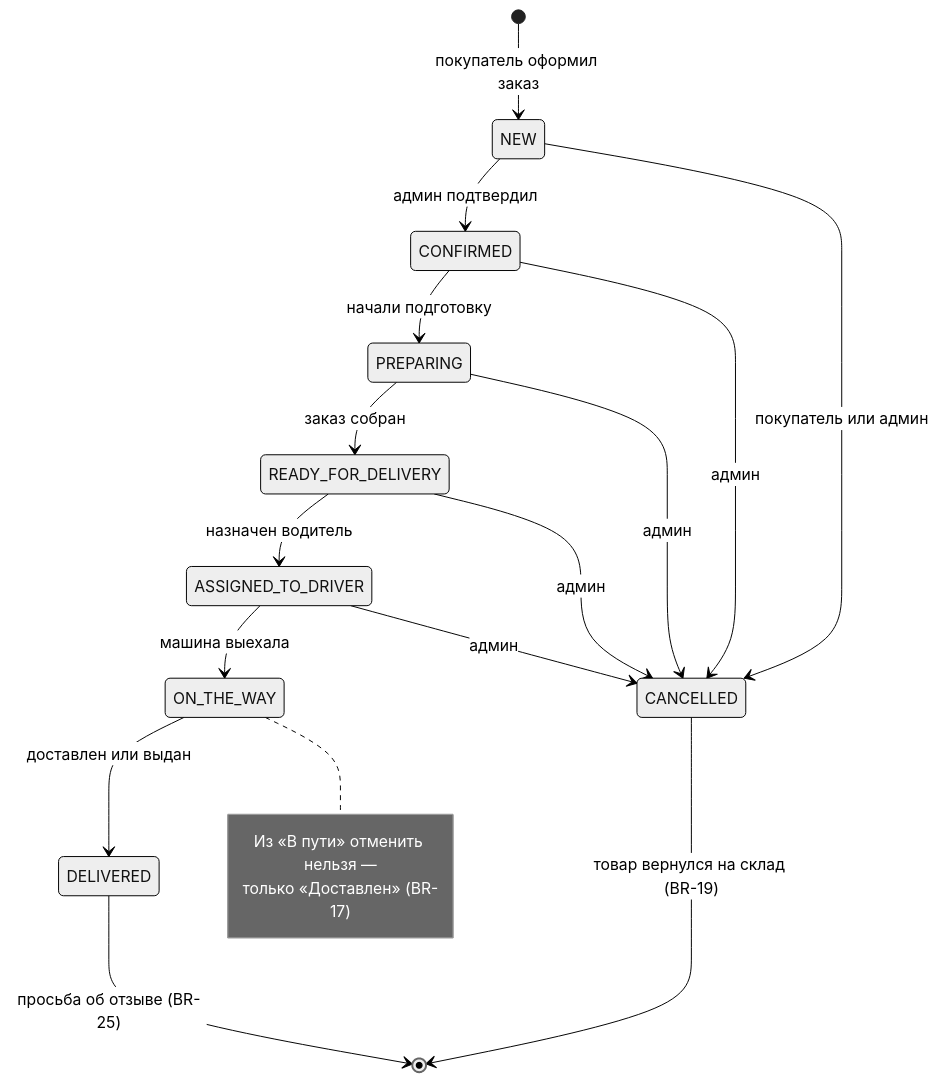
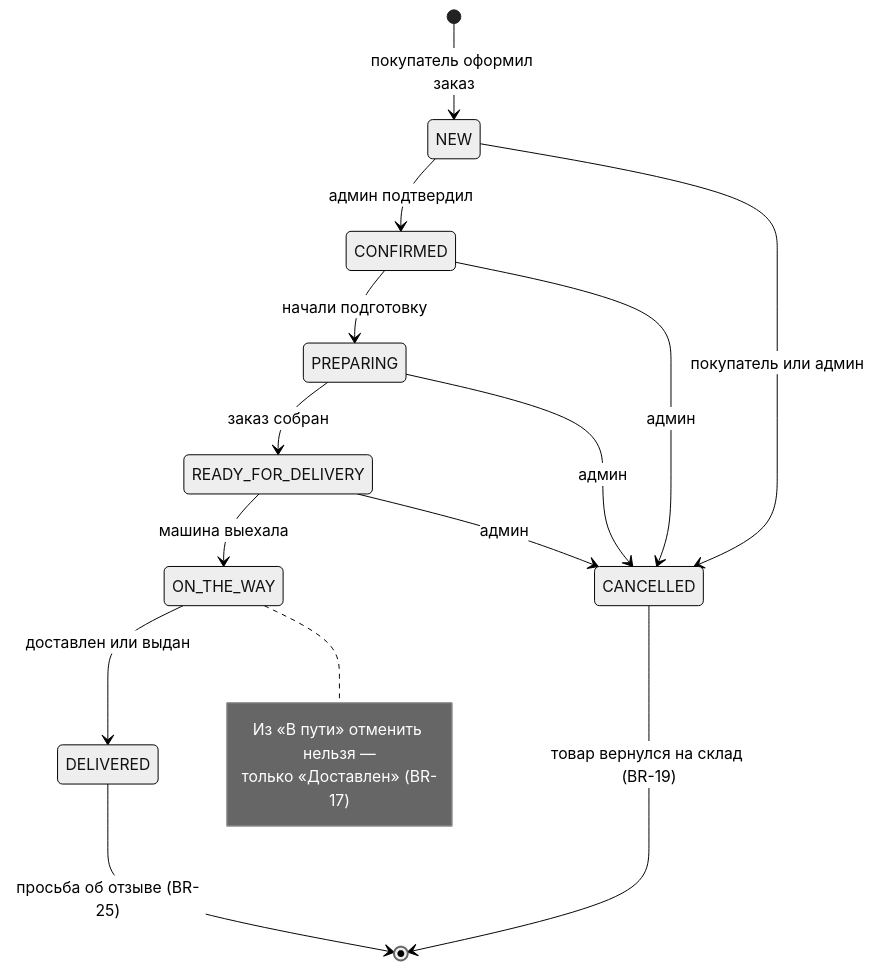
One commit to haz2007/-Builder-s-Friend- changed the third of 9 diagrams in docs/diagrams.md. Above: the diagram before and after it, drawn with Mermaid (neutral theme). The commit also changed other lines of this file and 44 other files, not shown here.

````diff
--- a/docs/diagrams.md
+++ b/docs/diagrams.md
@@ -130,24 +142,22 @@
 ```mermaid
 stateDiagram-v2
     [*] --> NEW: покупатель оформил заказ
     NEW --> CONFIRMED: админ подтвердил
     CONFIRMED --> PREPARING: начали подготовку
     PREPARING --> READY_FOR_DELIVERY: заказ собран
-    READY_FOR_DELIVERY --> ASSIGNED_TO_DRIVER: назначен водитель
-    ASSIGNED_TO_DRIVER --> ON_THE_WAY: машина выехала
+    READY_FOR_DELIVERY --> ON_THE_WAY: машина выехала
     ON_THE_WAY --> DELIVERED: доставлен или выдан
 
     NEW --> CANCELLED: покупатель или админ
     CONFIRMED --> CANCELLED: админ
     PREPARING --> CANCELLED: админ
     READY_FOR_DELIVERY --> CANCELLED: админ
-    ASSIGNED_TO_DRIVER --> CANCELLED: админ
 
     DELIVERED --> [*]: просьба об отзыве (BR-25)
     CANCELLED --> [*]: товар вернулся на склад (BR-19)
 
     note right of ON_THE_WAY
         Из «В пути» отменить нельзя —
         только «Доставлен» (BR-17)
     end note
 ```
````
